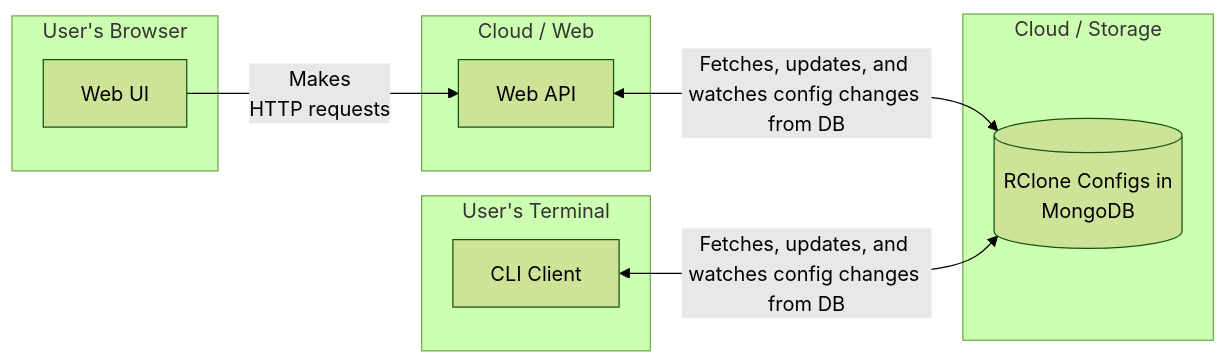
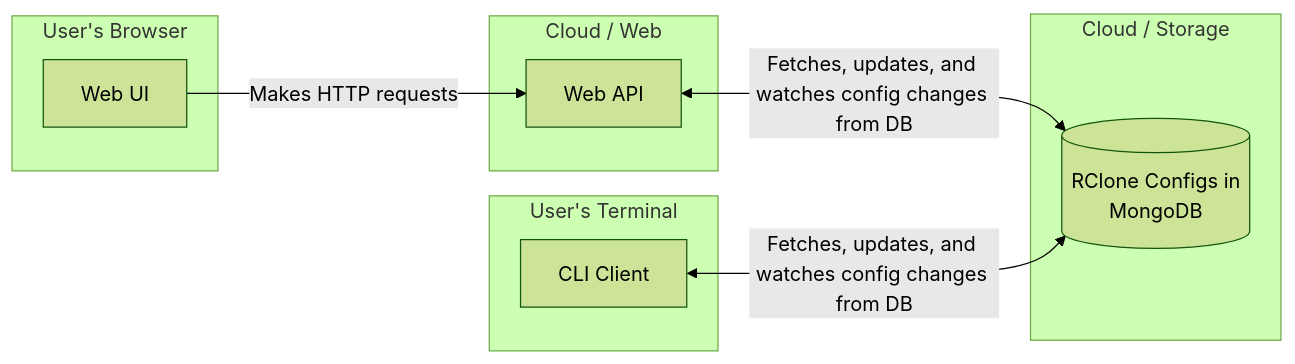
The diagram in README.md (EKarton/RClone-on-Cloud), drawn with Mermaid (forest theme) before and after one commit.

````diff
--- a/README.md
+++ b/README.md
@@ -21,24 +21,24 @@
 ```mermaid
 graph LR
     subgraph "User's Terminal"
         CLI[CLI Client]
     end
 
     subgraph "Cloud / Storage"
         MongoDB[(RClone Configs in\nMongoDB)]
     end
 
     subgraph "Cloud / Web"
         WebAPI[Web API]
     end
 
     subgraph "User's Browser"
         WebUI[Web UI]
     end
 
-    WebUI -->|"Makes \nHTTP requests"| WebAPI
+    WebUI -->|"Makes HTTP requests"| WebAPI
 
     WebAPI <-->|"Fetches, updates, and watches config changes from DB"| MongoDB
 
     CLI <-->|"Fetches, updates, and watches config changes from DB"| MongoDB
 ```
````
